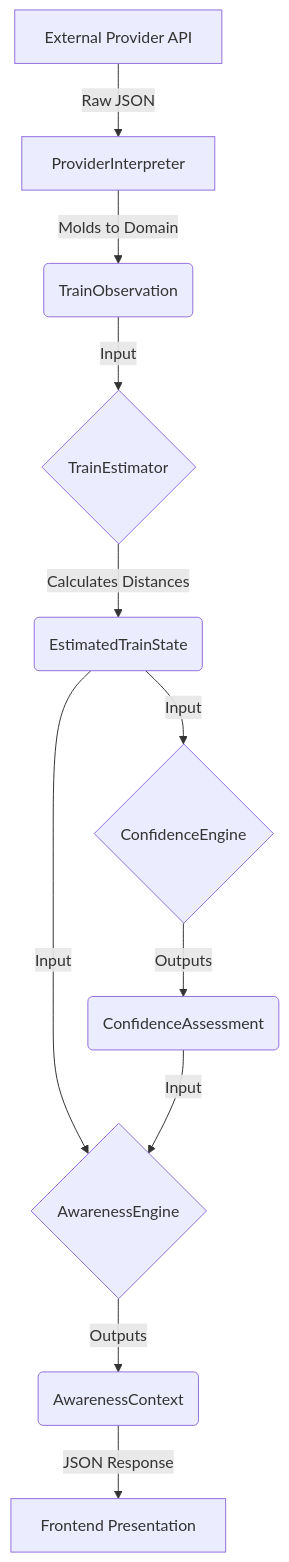
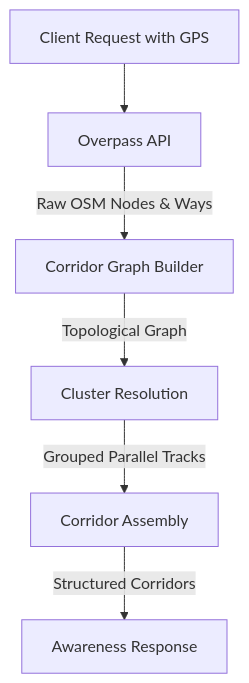
Before and after one commit to Ndwi519/Railaware: the first of 3 diagrams in docs/ARCHITECTURE.md, drawn with Mermaid. The commit also changed other lines of this file and 15 other files, not shown here.

Commit message:
v1.0.0: release documentation (README, architecture, API docs), final backlog consolidation, test infrastructure cleanup

````diff
--- a/docs/ARCHITECTURE.md
+++ b/docs/ARCHITECTURE.md
@@ -41,13 +5,8 @@
 ```mermaid
 flowchart TD
-    A[External Provider API] -->|Raw JSON| B[ProviderInterpreter]
-    B -->|Molds to Domain| C(TrainObservation)
-    C -->|Input| D{TrainEstimator}
-    D -->|Calculates Distances| E(EstimatedTrainState)
-    E -->|Input| F{ConfidenceEngine}
-    E -->|Input| G{AwarenessEngine}
-    F -->|Outputs| H(ConfidenceAssessment)
-    H -->|Input| G
-    G -->|Outputs| I(AwarenessContext)
-    I -->|JSON Response| J[Frontend Presentation]
+    A[Client Request with GPS] --> B[Overpass API]
+    B -->|Raw OSM Nodes & Ways| C[Corridor Graph Builder]
+    C -->|Topological Graph| D[Cluster Resolution]
+    D -->|Grouped Parallel Tracks| E[Corridor Assembly]
+    E -->|Structured Corridors| F[Awareness Response]
 ```
````
